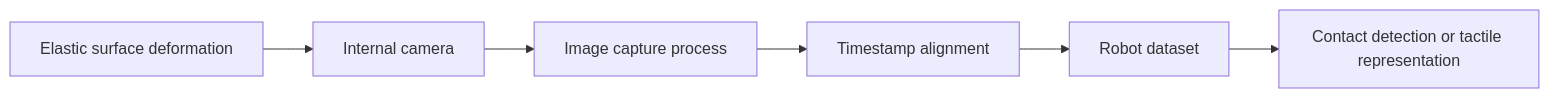
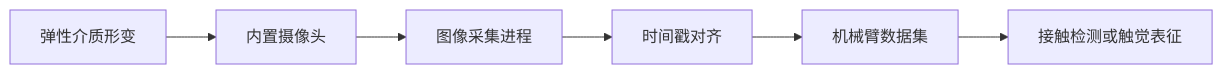
One commit to CloudEngineHub/every-embodied changed the diagram in en/03-robot-hardware-lerobot-and-rdk-x5/supplement-to-be-improved-019dtact.md. Above: the diagram before and after it, drawn with Mermaid. The commit also changed other lines of this file and 3 other files, not shown here.

````diff
--- a/en/03-robot-hardware-lerobot-and-rdk-x5/supplement-to-be-improved-019dtact.md
+++ b/en/03-robot-hardware-lerobot-and-rdk-x5/supplement-to-be-improved-019dtact.md
@@ -7,8 +13,8 @@
 ```mermaid
 flowchart LR
-    A[Elastic surface deformation] --> B[Internal camera]
-    B --> C[Image capture process]
-    C --> D[Timestamp alignment]
-    D --> E[Robot dataset]
-    E --> F[Contact detection or tactile representation]
+    A[弹性介质形变] --> B[内置摄像头]
+    B --> C[图像采集进程]
+    C --> D[时间戳对齐]
+    D --> E[机械臂数据集]
+    E --> F[接触检测或触觉表征]
 ```
````
